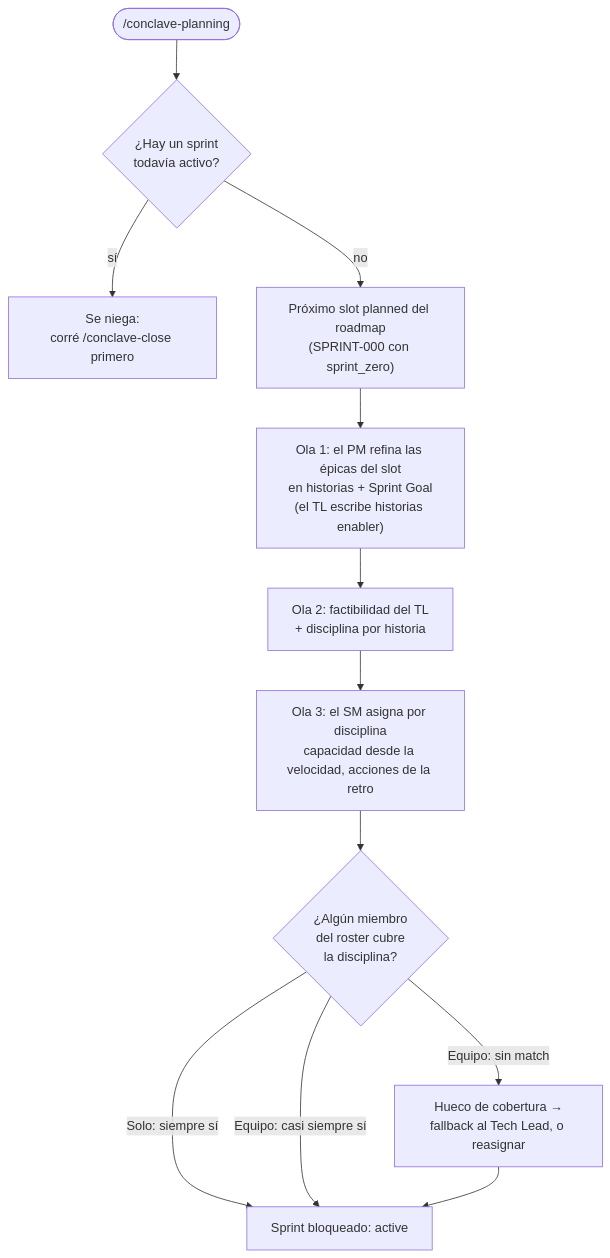
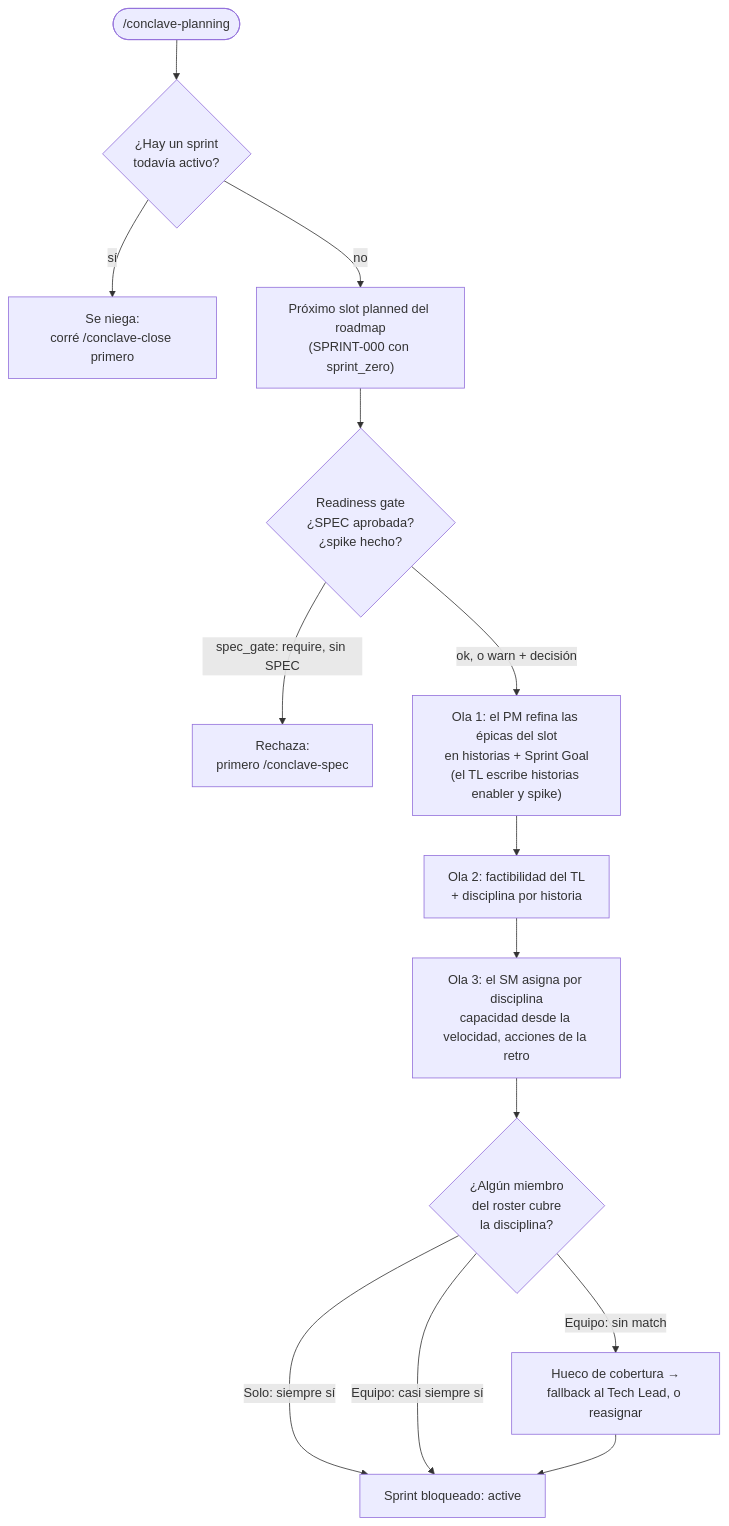
The fourth of 6 diagrams in site/content/es/workflow.mdx (giolabs/conclave), drawn with Mermaid before and after one commit. The commit also changed other lines of this file and 41 other files, not shown here.

````diff
--- a/site/content/es/workflow.mdx
+++ b/site/content/es/workflow.mdx
@@ -51,14 +72,16 @@
 ```mermaid
 flowchart TD
     Plan(["/conclave-planning"]) --> Gate{"¿Hay un sprint<br/>todavía activo?"}
     Gate -->|sí| Refuse["Se niega:<br/>corré /conclave-close primero"]
     Gate -->|no| Slot["Próximo slot planned del roadmap<br/>(SPRINT-000 con sprint_zero)"]
-    Slot --> W1["Ola 1: el PM refina las épicas del slot<br/>en historias + Sprint Goal<br/>(el TL escribe historias enabler)"]
+    Slot --> Ready{"Readiness gate<br/>¿SPEC aprobada?<br/>¿spike hecho?"}
+    Ready -->|"spec_gate: require, sin SPEC"| RefuseSpec["Rechaza:<br/>primero /conclave-spec"]
+    Ready -->|"ok, o warn + decisión"| W1["Ola 1: el PM refina las épicas del slot<br/>en historias + Sprint Goal<br/>(el TL escribe historias enabler y spike)"]
     W1 --> W2["Ola 2: factibilidad del TL<br/>+ disciplina por historia"]
     W2 --> W3["Ola 3: el SM asigna por disciplina<br/>capacidad desde la velocidad, acciones de la retro"]
     W3 --> Match{"¿Algún miembro<br/>del roster cubre<br/>la disciplina?"}
     Match -->|"Solo: siempre sí"| Lock["Sprint bloqueado: active"]
     Match -->|"Equipo: casi siempre sí"| Lock
     Match -->|"Equipo: sin match"| Gap["Hueco de cobertura →<br/>fallback al Tech Lead, o reasignar"]
     Gap --> Lock
 ```
````
